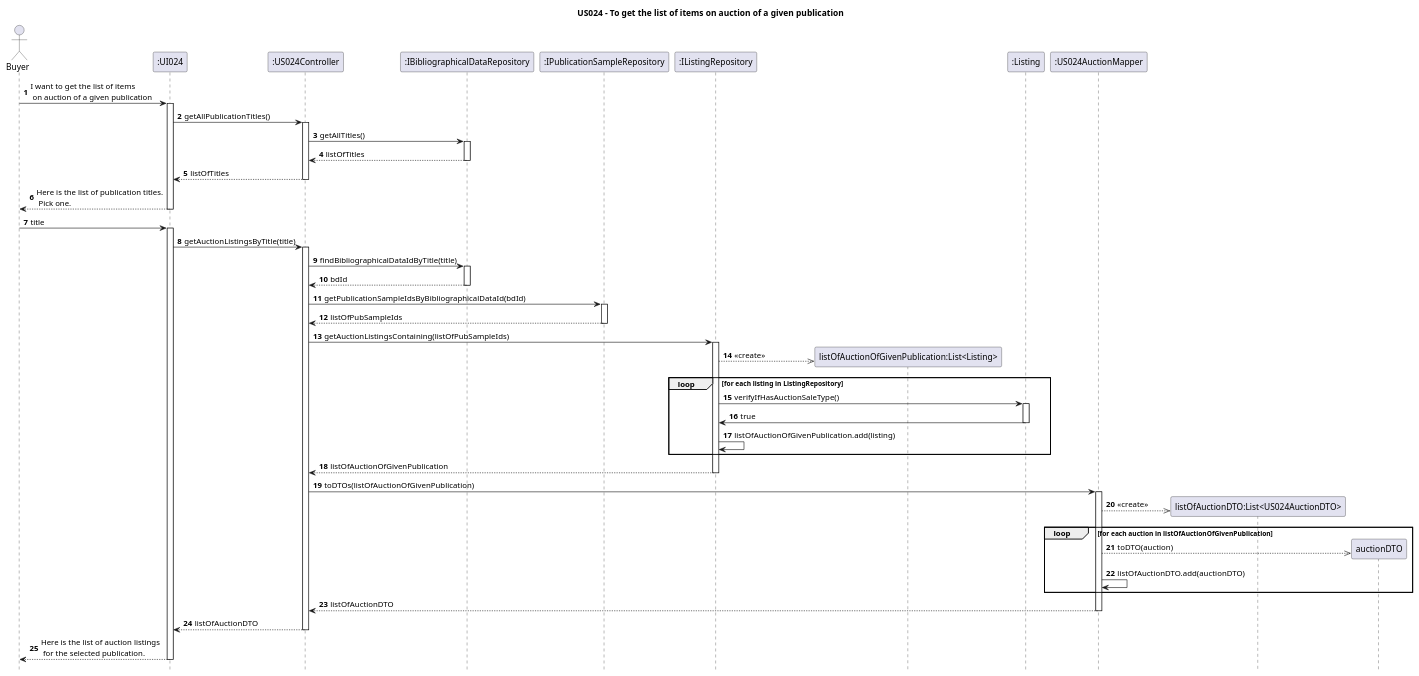
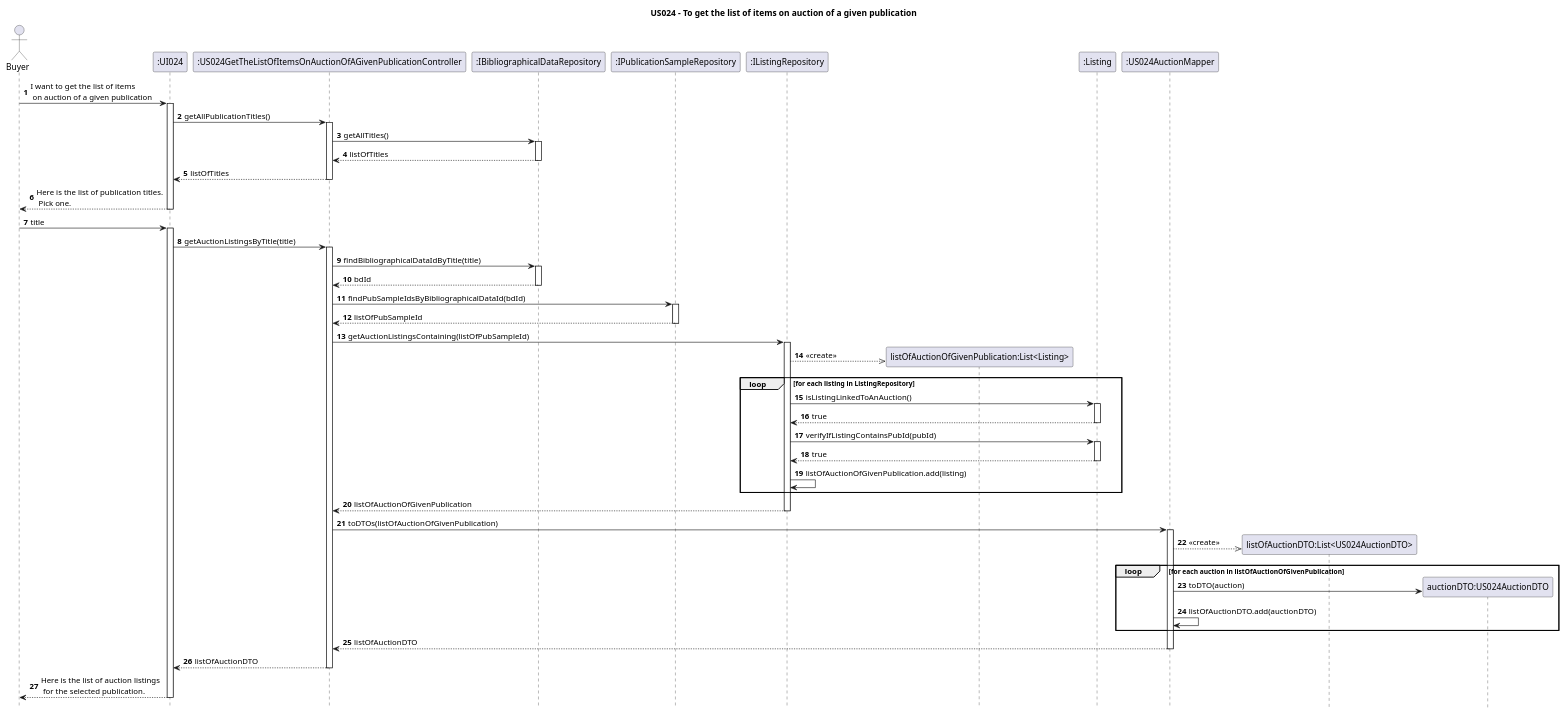
One commit to AndrePereiraGitH/SWitCH-Project-Team_A changed the diagram in Diagrams/SequenceDiagrams/N2/US024_Get_List_Of_Items_Auction_Of_Given_Publication/US024-to-get-the-list-of-items-on-auction-of-a-given-publication.puml. Above: the diagram before and after it, drawn with PlantUML. The commit also changed 5 other files, not shown here.

Commit message:
docs #487 (US024): fixes Listing domain method names and add missing verifyIfListingContainsPubId and split main SD into N2 sub-diagrams

```diff
--- a/Diagrams/SequenceDiagrams/N2/US024_Get_List_Of_Items_Auction_Of_Given_Publication/US024-to-get-the-list-of-items-on-auction-of-a-given-publication.puml
+++ b/Diagrams/SequenceDiagrams/N2/US024_Get_List_Of_Items_Auction_Of_Given_Publication/US024-to-get-the-list-of-items-on-auction-of-a-given-publication.puml
@@ -1,88 +1,93 @@
 @startuml
 hide footbox
 autonumber
 title US024 - To get the list of items on auction of a given publication
 
 actor Buyer
 
 ' Participants
 participant ":UI024" as UI
-participant ":US024Controller" as Ctrl
+participant ":US024GetTheListOfItemsOnAuctionOfAGivenPublicationController" as Ctrl
 participant ":IBibliographicalDataRepository" as bdRepo
 participant ":IPublicationSampleRepository" as pubSampleRepo
 participant ":IListingRepository" as listingRepo
 participant "listOfAuctionOfGivenPublication:List<Listing>" as aucListing
 participant ":Listing" as listing
 participant ":US024AuctionMapper" as mapper
 participant "listOfAuctionDTO:List<US024AuctionDTO>" as listOfAuctionDTO
+participant "auctionDTO:US024AuctionDTO" as auctionDTO
 
 ' Section 1 - Get all publication titles
 Buyer -> UI : I want to get the list of items\n on auction of a given publication
 activate UI
 UI -> Ctrl : getAllPublicationTitles()
 activate Ctrl
 
 Ctrl -> bdRepo: getAllTitles()
 activate bdRepo
 bdRepo --> Ctrl: listOfTitles
 deactivate bdRepo
 
 Ctrl --> UI: listOfTitles
 deactivate Ctrl
 
 UI --> Buyer: Here is the list of publication titles.\n Pick one.
 deactivate UI
 
 ' Section 2 - Find listings on auction for the selected publication
 Buyer -> UI: title
 activate UI
 UI -> Ctrl: getAuctionListingsByTitle(title)
 activate Ctrl
 
 Ctrl -> bdRepo: findBibliographicalDataIdByTitle(title)
 activate bdRepo
 bdRepo --> Ctrl: bdId
 deactivate bdRepo
 
-Ctrl -> pubSampleRepo: getPublicationSampleIdsByBibliographicalDataId(bdId)
+Ctrl -> pubSampleRepo: findPubSampleIdsByBibliographicalDataId(bdId)
 activate pubSampleRepo
-pubSampleRepo --> Ctrl: listOfPubSampleIds
+pubSampleRepo --> Ctrl: listOfPubSampleId
 deactivate pubSampleRepo
 
-Ctrl -> listingRepo: getAuctionListingsContaining(listOfPubSampleIds)
+Ctrl -> listingRepo: getAuctionListingsContaining(listOfPubSampleId)
 activate listingRepo
 
 listingRepo -->> aucListing **: <<create>>
 
 loop for each listing in ListingRepository
-    listingRepo -> listing: verifyIfHasAuctionSaleType()
+    listingRepo -> listing: isListingLinkedToAnAuction()
     activate listing
-    listing -> listingRepo: true
+    listing --> listingRepo: true
+    deactivate listing
+    listingRepo -> listing: verifyIfListingContainsPubId(pubId)
+    activate listing
+    listing --> listingRepo: true
     deactivate listing
     listingRepo -> listingRepo: listOfAuctionOfGivenPublication.add(listing)
 end
 
 listingRepo --> Ctrl: listOfAuctionOfGivenPublication
 deactivate listingRepo
 
 ' Section 3 - Build and return DTO
 Ctrl -> mapper: toDTOs(listOfAuctionOfGivenPublication)
 activate mapper
 
 mapper -->> listOfAuctionDTO**: <<create>>
 
 loop for each auction in listOfAuctionOfGivenPublication
-    mapper -->> auctionDTO **: toDTO(auction)
+    mapper -> auctionDTO **: toDTO(auction)
     mapper -> mapper: listOfAuctionDTO.add(auctionDTO)
 end
 
 mapper --> Ctrl: listOfAuctionDTO
 deactivate mapper
 
 Ctrl --> UI: listOfAuctionDTO
 deactivate Ctrl
 
 UI --> Buyer: Here is the list of auction listings\n for the selected publication.
 deactivate UI
 
 @enduml
```
